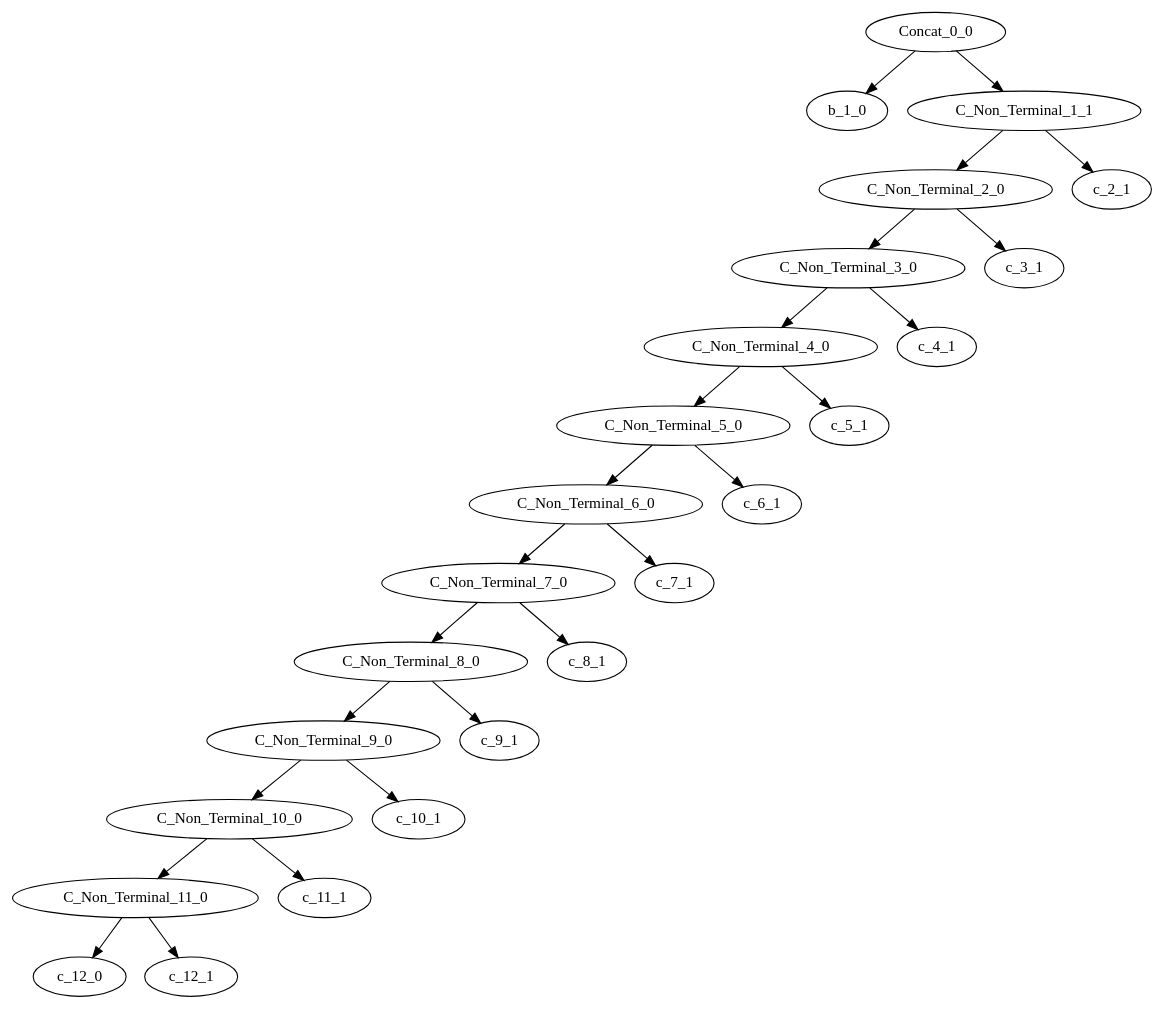
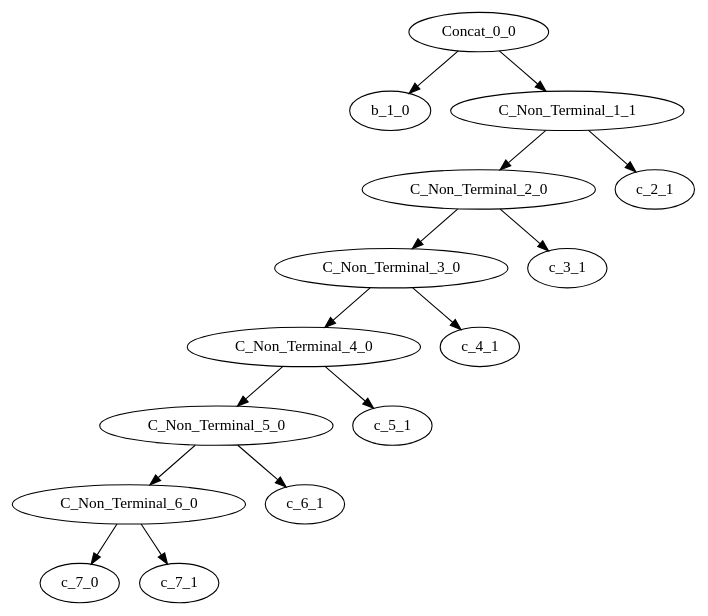
The diagram in experiment/AST.dot (rishk19/CS335_Project), drawn with Graphviz before and after one commit. The commit also changed 5 other files, not shown here.

```diff
--- a/experiment/AST.dot
+++ b/experiment/AST.dot
@@ -1,27 +1,17 @@
 digraph AST{ 
 	Concat_0_0 ->{ b_1_0 ,C_Non_Terminal_1_1}
 	b_1_0 ->{}
 	C_Non_Terminal_1_1 ->{ C_Non_Terminal_2_0 ,c_2_1}
 	C_Non_Terminal_2_0 ->{ C_Non_Terminal_3_0 ,c_3_1}
 	C_Non_Terminal_3_0 ->{ C_Non_Terminal_4_0 ,c_4_1}
 	C_Non_Terminal_4_0 ->{ C_Non_Terminal_5_0 ,c_5_1}
 	C_Non_Terminal_5_0 ->{ C_Non_Terminal_6_0 ,c_6_1}
-	C_Non_Terminal_6_0 ->{ C_Non_Terminal_7_0 ,c_7_1}
-	C_Non_Terminal_7_0 ->{ C_Non_Terminal_8_0 ,c_8_1}
-	C_Non_Terminal_8_0 ->{ C_Non_Terminal_9_0 ,c_9_1}
-	C_Non_Terminal_9_0 ->{ C_Non_Terminal_10_0 ,c_10_1}
-	C_Non_Terminal_10_0 ->{ C_Non_Terminal_11_0 ,c_11_1}
-	C_Non_Terminal_11_0 ->{ c_12_0 ,c_12_1}
-	c_12_0 ->{}
-	c_12_1 ->{}
-	c_11_1 ->{}
-	c_10_1 ->{}
-	c_9_1 ->{}
-	c_8_1 ->{}
+	C_Non_Terminal_6_0 ->{ c_7_0 ,c_7_1}
+	c_7_0 ->{}
 	c_7_1 ->{}
 	c_6_1 ->{}
 	c_5_1 ->{}
 	c_4_1 ->{}
 	c_3_1 ->{}
 	c_2_1 ->{}
 } 
```
